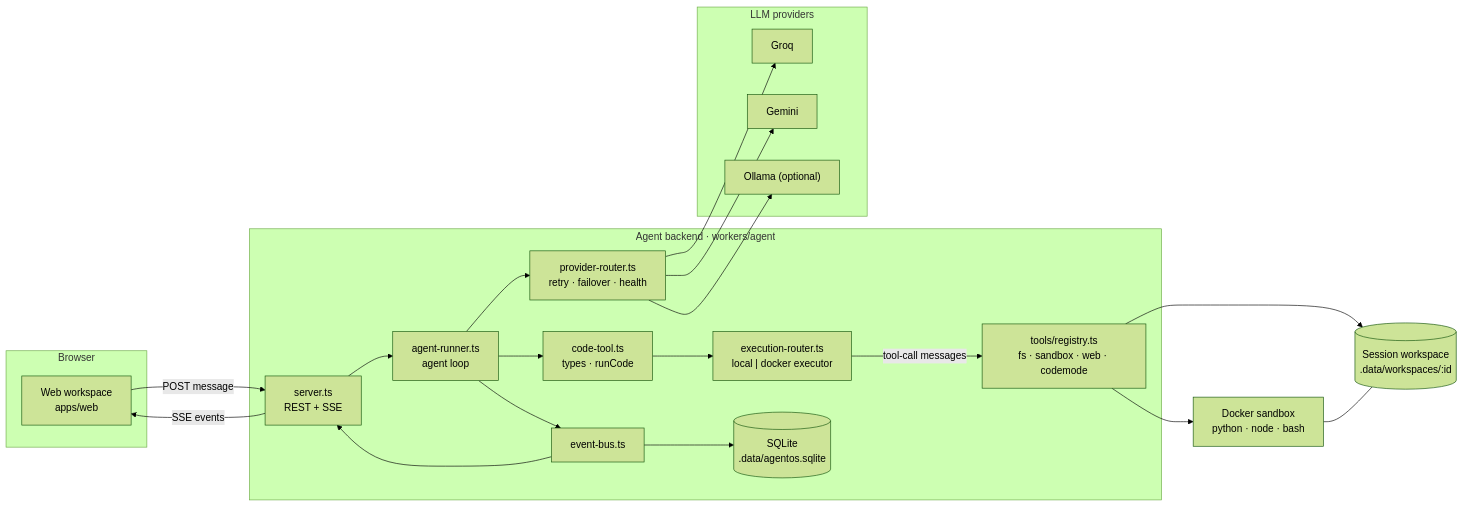
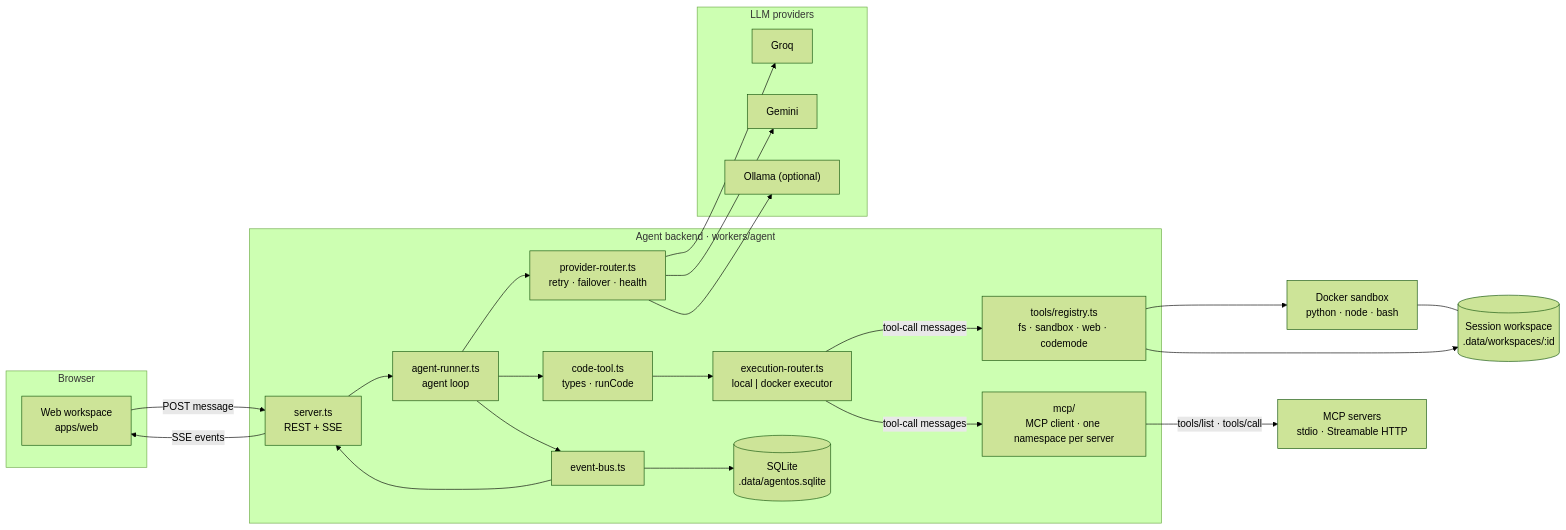
The first of 2 diagrams in README.md (Nishaanth419/Codemode), drawn with Mermaid (forest theme) before and after one commit. The commit also changed other lines of this file and 24 other files, not shown here.

````diff
--- a/README.md
+++ b/README.md
@@ -67,35 +70,39 @@
 ```mermaid
 flowchart LR
   subgraph Browser
     UI["Web workspace<br/>apps/web"]
   end
   subgraph Agent["Agent backend · workers/agent"]
     API["server.ts<br/>REST + SSE"]
     RUN["agent-runner.ts<br/>agent loop"]
     PR["provider-router.ts<br/>retry · failover · health"]
     CM["code-tool.ts<br/>types · runCode"]
     EX["execution-router.ts<br/>local | docker executor"]
     TOOLS["tools/registry.ts<br/>fs · sandbox · web · codemode"]
+    MCP["mcp/<br/>MCP client · one namespace per server"]
     BUS["event-bus.ts"]
     DB[("SQLite<br/>.data/agentos.sqlite")]
   end
   subgraph Providers["LLM providers"]
     G["Groq"]
     GM["Gemini"]
     O["Ollama (optional)"]
   end
   SB["Docker sandbox<br/>python · node · bash"]
+  MS["MCP servers<br/>stdio · Streamable HTTP"]
   WS[("Session workspace<br/>.data/workspaces/:id")]
 
   UI -- "POST message" --> API
   API -- "SSE events" --> UI
   API --> RUN
   RUN --> PR --> G & GM & O
   RUN --> CM --> EX
   EX -- "tool-call messages" --> TOOLS
+  EX -- "tool-call messages" --> MCP
+  MCP -- "tools/list · tools/call" --> MS
   TOOLS --> SB
   TOOLS --> WS
   SB --- WS
   RUN --> BUS --> DB
   BUS --> API
 ```
````
